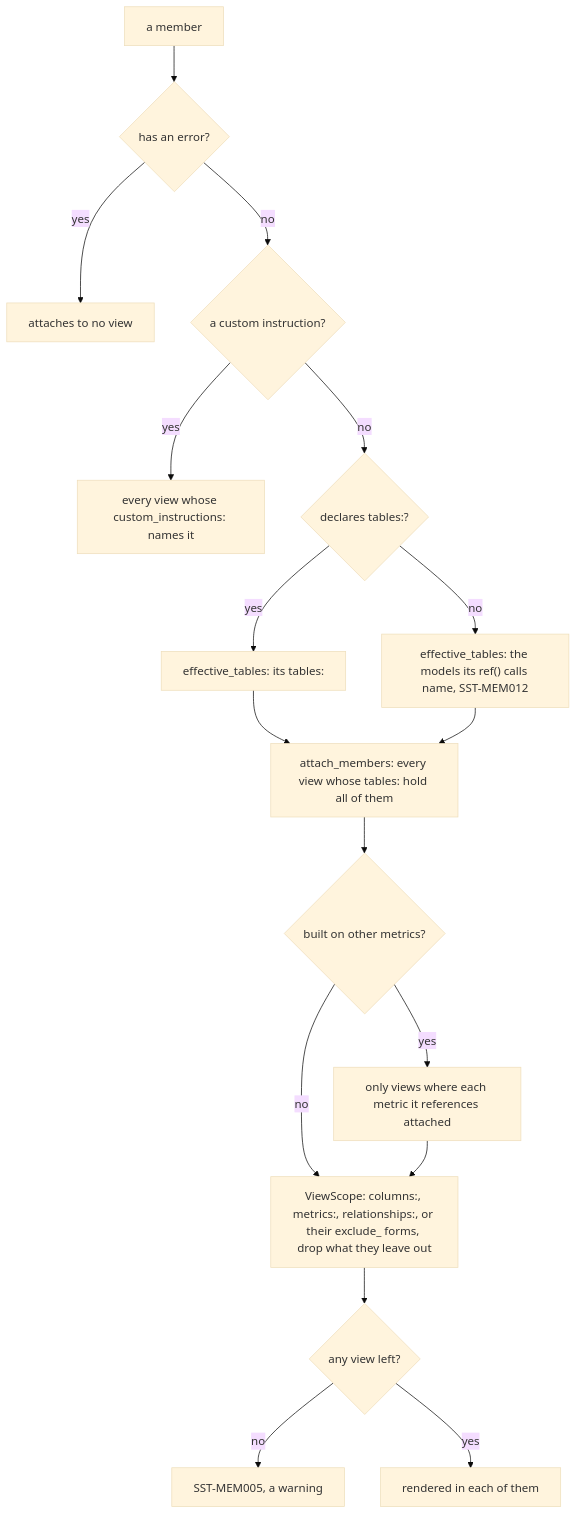
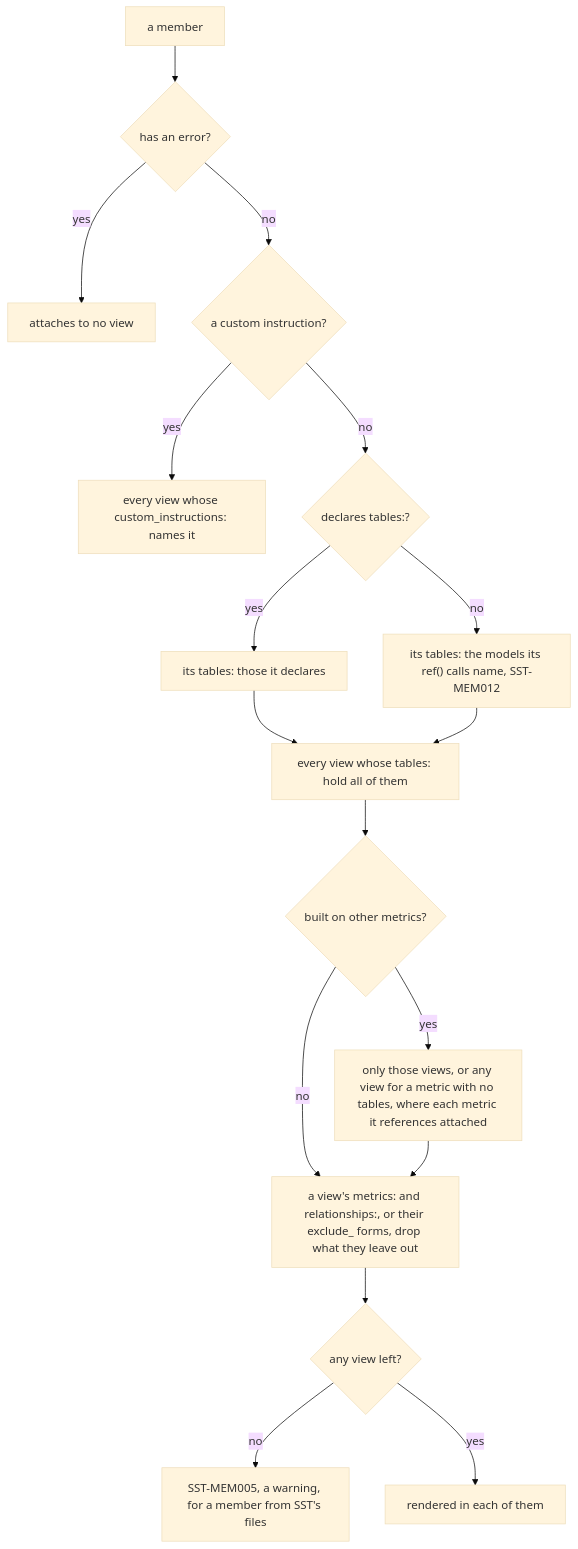
Before and after one commit to WhoopInc/snowflake-semantic-tools: the diagram in docs/guides/semantic-views.md, drawn with Mermaid (base theme). The commit also changed other lines of this file and 11 other files, not shown here.

Commit message:
docs: correct the design and guide pages where an independent review found them ahead of the code

````diff
--- a/docs/guides/semantic-views.md
+++ b/docs/guides/semantic-views.md
@@ -80,19 +80,19 @@
 ```mermaid
 flowchart TD
     member["a member"] --> poisoned{"has an error?"}
     poisoned -- yes --> nowhere["attaches to no view"]
     poisoned -- no --> instruction{"a custom instruction?"}
     instruction -- yes --> named["every view whose custom_instructions: names it"]
     instruction -- no --> declared{"declares tables:?"}
-    declared -- yes --> own["effective_tables: its tables:"]
-    declared -- no --> inferred["effective_tables: the models its ref() calls name, SST-MEM012"]
-    own --> subset["attach_members: every view whose tables: hold all of them"]
+    declared -- yes --> own["its tables: those it declares"]
+    declared -- no --> inferred["its tables: the models its ref() calls name, SST-MEM012"]
+    own --> subset["every view whose tables: hold all of them"]
     inferred --> subset
     subset --> built{"built on other metrics?"}
-    built -- yes --> both["only views where each metric it references attached"]
+    built -- yes --> both["only those views, or any view for a metric with no tables, where each metric it references attached"]
     built -- no --> scope
-    both --> scope["ViewScope: columns:, metrics:, relationships:, or their exclude_ forms, drop what they leave out"]
+    both --> scope["a view's metrics: and relationships:, or their exclude_ forms, drop what they leave out"]
     scope --> remaining{"any view left?"}
-    remaining -- no --> unattached["SST-MEM005, a warning"]
+    remaining -- no --> unattached["SST-MEM005, a warning, for a member from SST's files"]
     remaining -- yes --> rendered["rendered in each of them"]
 ```
````
